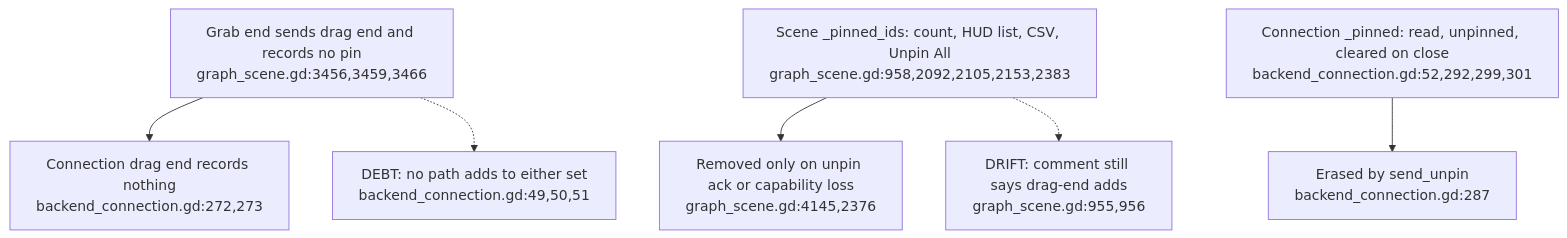
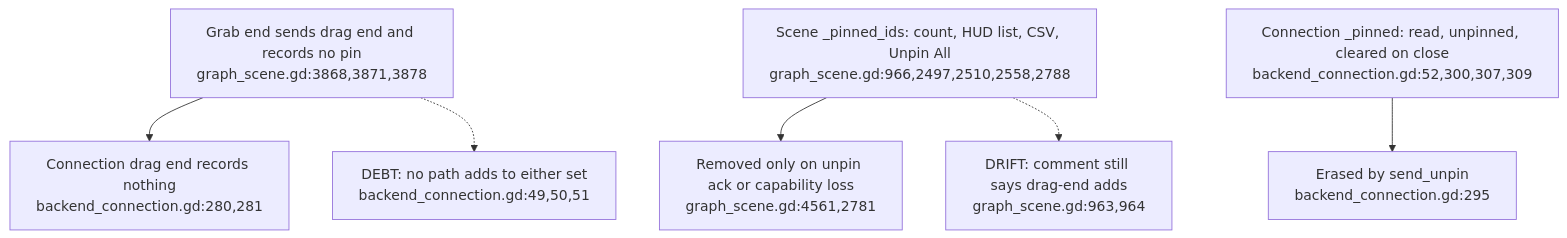
One commit to DreamLab-AI/VisionFlow changed the sixth of 6 diagrams in docs/diagrams/visionclaw/53-xr-grab-lifetimes-and-input.md. Above: the diagram before and after it, drawn with Mermaid. The commit also changed other lines of this file and 56 other files, not shown here.

First line of the commit message:
docs(diagrams): re-verify VisionClaw topics at ec785afa9, add VC-19/56/57 and the VisionClaw register

````diff
--- a/docs/diagrams/visionclaw/53-xr-grab-lifetimes-and-input.md
+++ b/docs/diagrams/visionclaw/53-xr-grab-lifetimes-and-input.md
@@ -91,8 +93,8 @@
 ```mermaid
 flowchart TD
-    END["Grab end sends drag end and records no pin<br/>graph_scene.gd:3456,3459,3466"] --> CONN["Connection drag end records nothing<br/>backend_connection.gd:272,273"]
-    SCENE["Scene _pinned_ids: count, HUD list, CSV, Unpin All<br/>graph_scene.gd:958,2092,2105,2153,2383"] --> ACK["Removed only on unpin ack or capability loss<br/>graph_scene.gd:4145,2376"]
-    CONNSET["Connection _pinned: read, unpinned, cleared on close<br/>backend_connection.gd:52,292,299,301"] --> ACK2["Erased by send_unpin<br/>backend_connection.gd:287"]
+    END["Grab end sends drag end and records no pin<br/>graph_scene.gd:3868,3871,3878"] --> CONN["Connection drag end records nothing<br/>backend_connection.gd:280,281"]
+    SCENE["Scene _pinned_ids: count, HUD list, CSV, Unpin All<br/>graph_scene.gd:966,2497,2510,2558,2788"] --> ACK["Removed only on unpin ack or capability loss<br/>graph_scene.gd:4561,2781"]
+    CONNSET["Connection _pinned: read, unpinned, cleared on close<br/>backend_connection.gd:52,300,307,309"] --> ACK2["Erased by send_unpin<br/>backend_connection.gd:295"]
     END -.-> D1["DEBT: no path adds to either set<br/>backend_connection.gd:49,50,51"]
-    SCENE -.-> D2["DRIFT: comment still says drag-end adds<br/>graph_scene.gd:955,956"]
+    SCENE -.-> D2["DRIFT: comment still says drag-end adds<br/>graph_scene.gd:963,964"]
 ```
````
